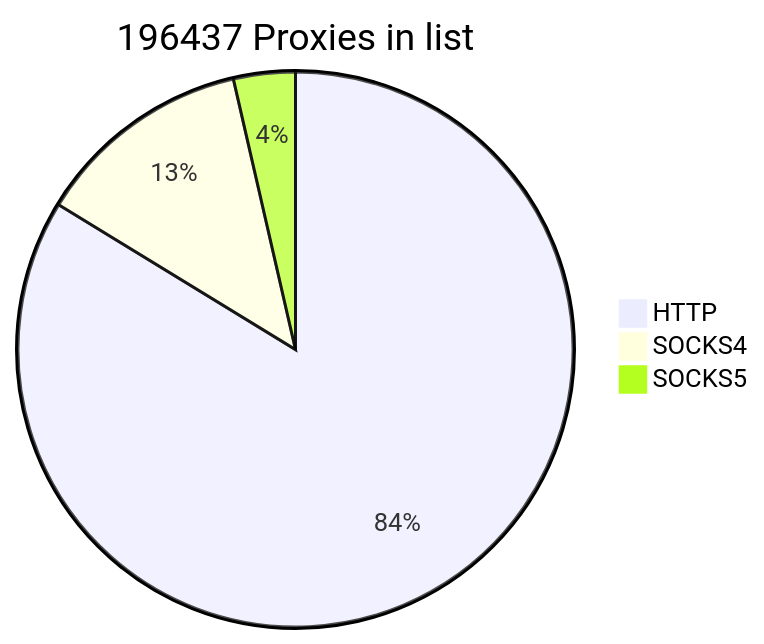
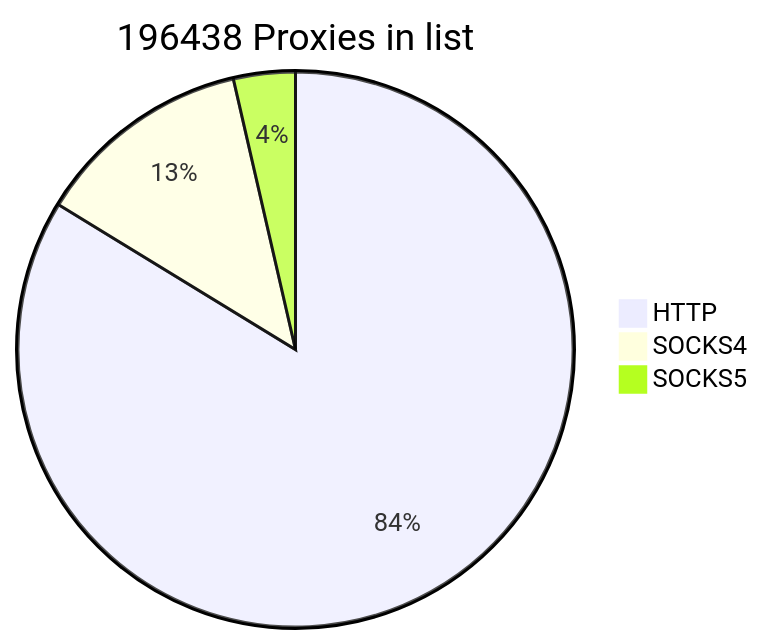
One commit to cutipu/proxylist changed the first of 2 diagrams in README.md. Above: the diagram before and after it, drawn with Mermaid. The commit also changed other lines of this file, not shown here.

````diff
--- a/README.md
+++ b/README.md
@@ -2,7 +2,7 @@
 ```mermaid
-pie title 196437 Proxies in list
-    "HTTP" : 164481
-    "SOCKS4" : 24900
-    "SOCKS5" : 7056
+pie title 196438 Proxies in list
+    "HTTP" : 164484
+    "SOCKS4" : 24897
+    "SOCKS5" : 7057
             
 ```
````
